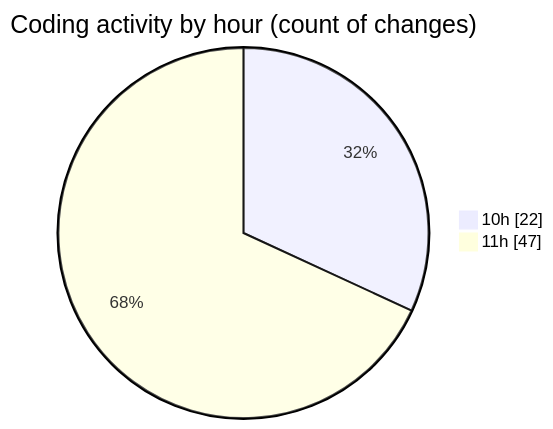
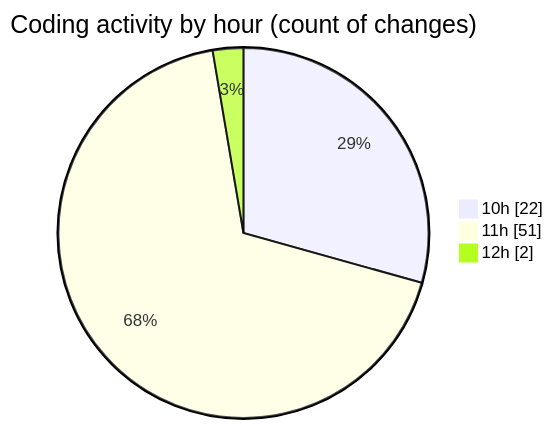
The second of 2 diagrams in 2025-04-29/cda/README.md (momahboobian/code-tracking), drawn with Mermaid before and after one commit. The commit also changed other lines of this file and 1 other file, not shown here.

````diff
--- a/2025-04-29/cda/README.md
+++ b/2025-04-29/cda/README.md
@@ -46,6 +48,7 @@
 ```mermaid
 pie showData
 title Coding activity by hour (count of changes)
 "10h" : 22
-"11h" : 47
+"11h" : 51
+"12h" : 2
 ```
````
